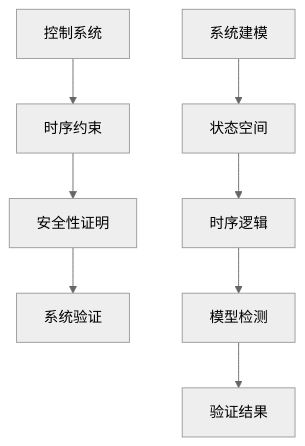
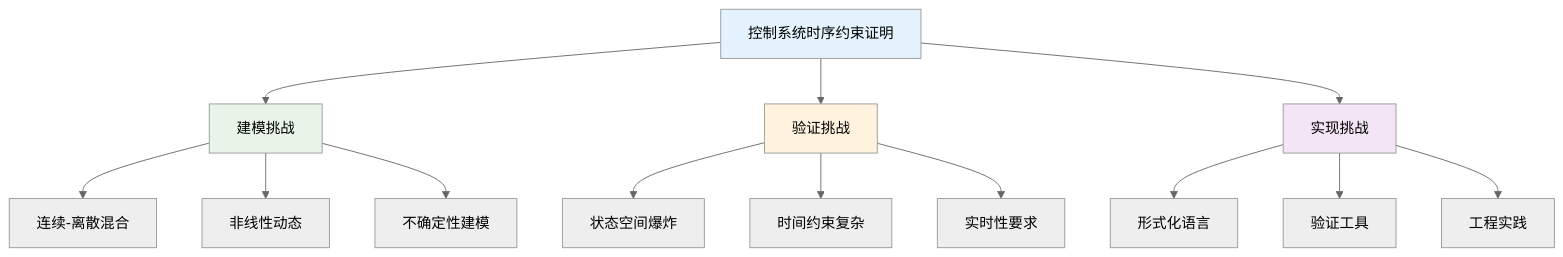
One commit to AdaMartin18010/Lean changed the first of 4 diagrams in analysis/1-形式化理论/1.3-时序逻辑与控制/1.3.4-控制系统的时序约束证明.md. Above: the diagram before and after it, drawn with Mermaid (neutral theme). The commit also changed other lines of this file and 24 other files, not shown here.

````diff
--- a/analysis/1-形式化理论/1.3-时序逻辑与控制/1.3.4-控制系统的时序约束证明.md
+++ b/analysis/1-形式化理论/1.3-时序逻辑与控制/1.3.4-控制系统的时序约束证明.md
@@ -187,11 +33,23 @@
 ```mermaid
-graph TD
-  A[控制系统] --> B[时序约束]
-  B --> C[安全性证明]
-  C --> D[系统验证]
-  
-  E[系统建模] --> F[状态空间]
-  F --> G[时序逻辑]
-  G --> H[模型检测]
-  H --> I[验证结果]
+graph TB
+    A[控制系统时序约束证明] --> B[建模挑战]
+    A --> C[验证挑战]
+    A --> D[实现挑战]
+    
+    B --> E[连续-离散混合]
+    B --> F[非线性动态]
+    B --> G[不确定性建模]
+    
+    C --> H[状态空间爆炸]
+    C --> I[时间约束复杂]
+    C --> J[实时性要求]
+    
+    D --> K[形式化语言]
+    D --> L[验证工具]
+    D --> M[工程实践]
+    
+    style A fill:#e3f2fd
+    style B fill:#e8f5e8
+    style C fill:#fff3e0
+    style D fill:#f3e5f5
 ```
````
